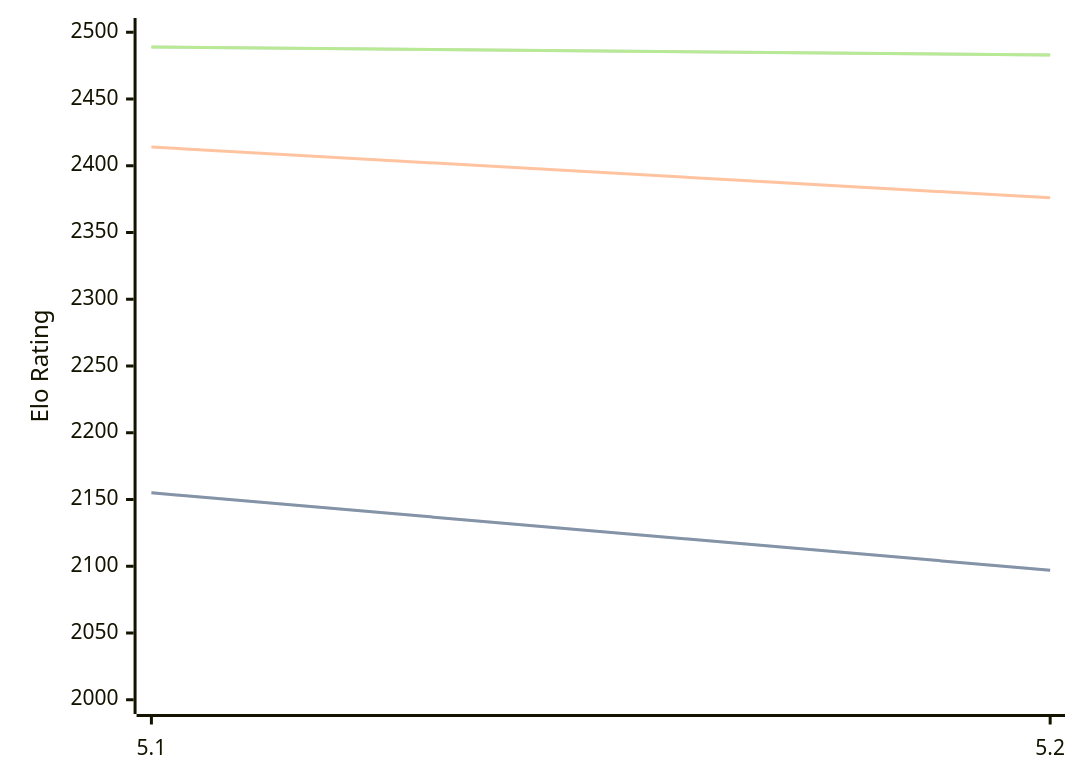
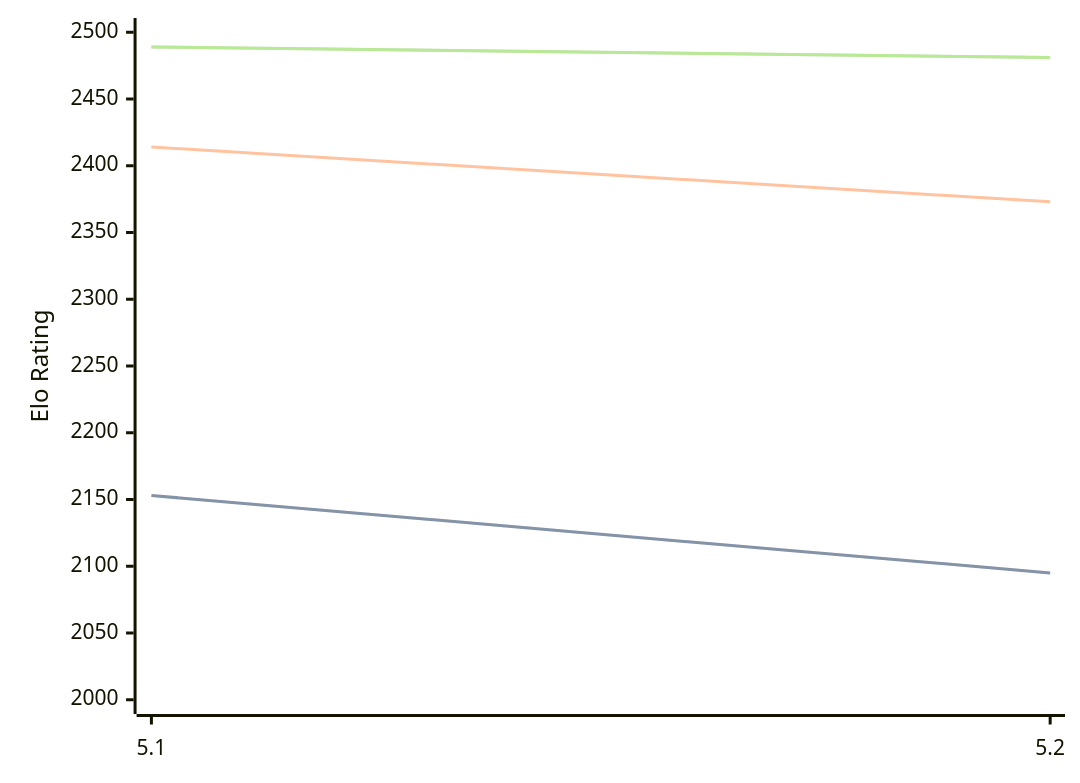
One commit to computer-chess-index/cci changed the diagram in engines/Prophet.md. Above: the diagram before and after it, drawn with Mermaid. The commit also changed other lines of this file, not shown here.

Commit message:
Update CCI Ratings (ELO VLTC) - 2026-08-04

````diff
--- a/engines/Prophet.md
+++ b/engines/Prophet.md
@@ -38,11 +38,11 @@
 ```mermaid
 %%{init: {"theme":"base","themeVariables":{"seriesColors:['#a3a3a3','#222221','#faa371']}}}%%
 xychart-beta
   x-axis ["5.1", "5.2"]
   y-axis "Elo Rating" 2000 --> 2500
-  line "STC (8.0+0.08s)" [2155, 2097]
-  line "STC (8.0+0.08s)" [2155, 2097]
-  line "LTC (60.0+0.60s)" [2414, 2376]
-  line "VLTC (2m24s+1.12s)" [2489, 2483]
-  line "VLTC (2m24s+1.12s)" [2489, 2483]
+  line "STC (8.0+0.08s)" [2153, 2095]
+  line "STC (8.0+0.08s)" [2153, 2095]
+  line "LTC (60.0+0.60s)" [2414, 2373]
+  line "VLTC (2m24s+1.12s)" [2489, 2481]
+  line "VLTC (2m24s+1.12s)" [2489, 2481]
 ```
````
